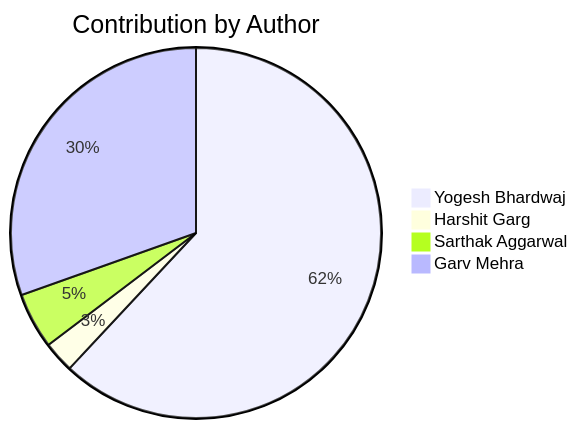
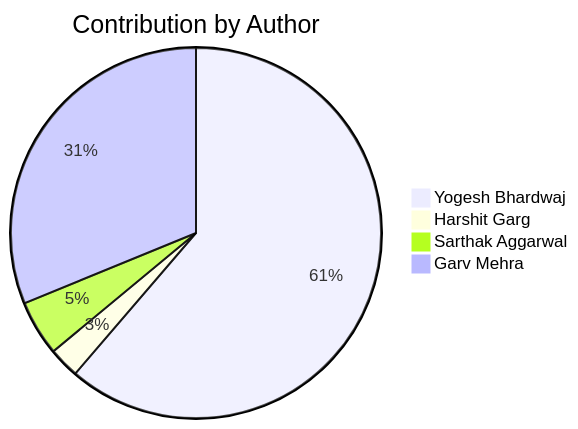
The second of 2 diagrams in README.md (Yogesh-Bhardwaj-hue/Scm-Final_2.0), drawn with Mermaid before and after one commit. The commit also changed other lines of this file, not shown here.

Commit message:
Update contribution charts

````diff
--- a/README.md
+++ b/README.md
@@ -192,7 +192,7 @@
 ```mermaid
 pie title Contribution by Author
     "Yogesh Bhardwaj": 114
     "Harshit Garg": 5
     "Sarthak Aggarwal": 9
-    "Garv Mehra": 56
+    "Garv Mehra": 58
 ```
````
